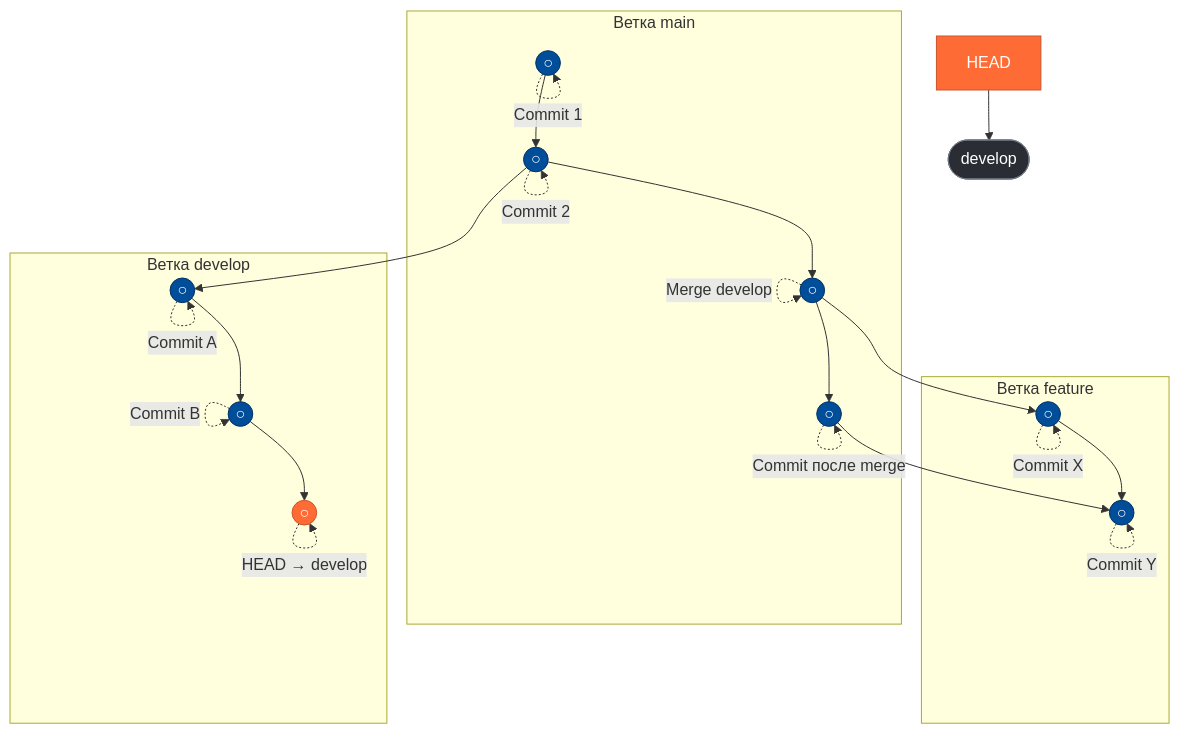
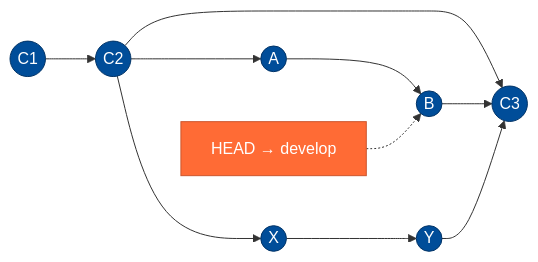
The first of 2 diagrams in docs/encyclopedia/4-code-dev/4-13-osnovy-raboty-s-git/113.md (Spirzen/it-knowledge-base), drawn with Mermaid before and after one commit. The commit also changed other lines of this file and 58 other files, not shown here.

````diff
--- a/docs/encyclopedia/4-code-dev/4-13-osnovy-raboty-s-git/113.md
+++ b/docs/encyclopedia/4-code-dev/4-13-osnovy-raboty-s-git/113.md
@@ -39,36 +39,13 @@
 ```mermaid
-graph TD
+graph LR
     classDef commitStyle fill:#004d99,stroke:#003366,color:white;
     classDef headStyle fill:#ff6b35,stroke:#cc552d,color:white;
-    classDef branchStyle fill:#2a2d33,stroke:#6e7783,color:#ffffff;
 
-    subgraph main [Ветка main]
-        m1((○)):::commitStyle --> m2((○)):::commitStyle --> m3((○)):::commitStyle --> m4((○)):::commitStyle
-        m1 -.->|"Commit 1"| m1
-        m2 -.->|"Commit 2"| m2
-        m3 -.->|"Merge develop"| m3
-        m4 -.->|"Commit после merge"| m4
-    end
+    m1((C1)):::commitStyle --> m2((C2)):::commitStyle --> m3((C3)):::commitStyle
+    m2 --> d1((A)):::commitStyle --> d2((B)):::commitStyle
+    m2 --> f1((X)):::commitStyle --> f2((Y)):::commitStyle
+    d2 --> m3
+    f2 --> m3
 
-    subgraph develop [Ветка develop]
-        d1((○)):::commitStyle --> d2((○)):::commitStyle --> d3((○)):::commitStyle
-        d1 -.->|"Commit A"| d1
-        d2 -.->|"Commit B"| d2
-        d3 -.->|"HEAD → develop"| d3:::headStyle
-    end
-
-    subgraph feature [Ветка feature]
-        f1((○)):::commitStyle --> f2((○)):::commitStyle
-        f1 -.->|"Commit X"| f1
-        f2 -.->|"Commit Y"| f2
-    end
-
-    m2 --> d1
-    m3 --> f1
-    m4 --> f2
-
-    HEAD[HEAD]:::headStyle --> develop_label
-    develop_label([develop]):::branchStyle
-
-    style HEAD fill:#ff6b35,stroke:#cc552d,color:white
+    HEAD[HEAD → develop]:::headStyle -.-> d2
 ```
````
